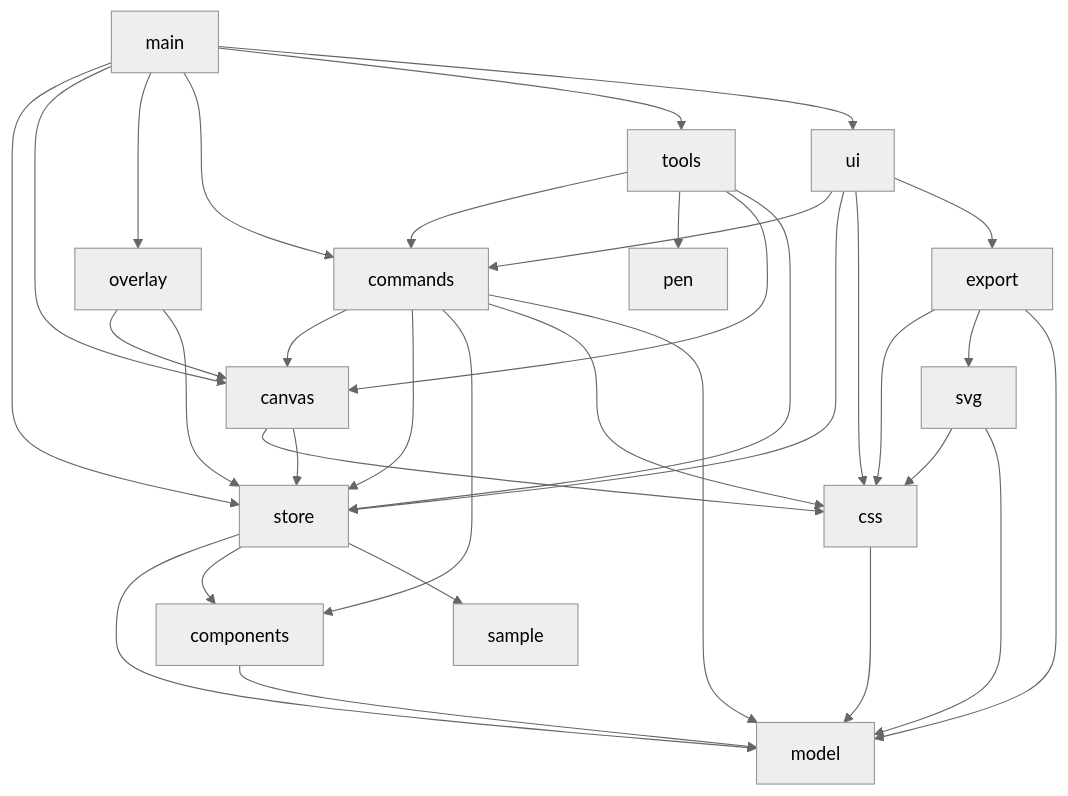
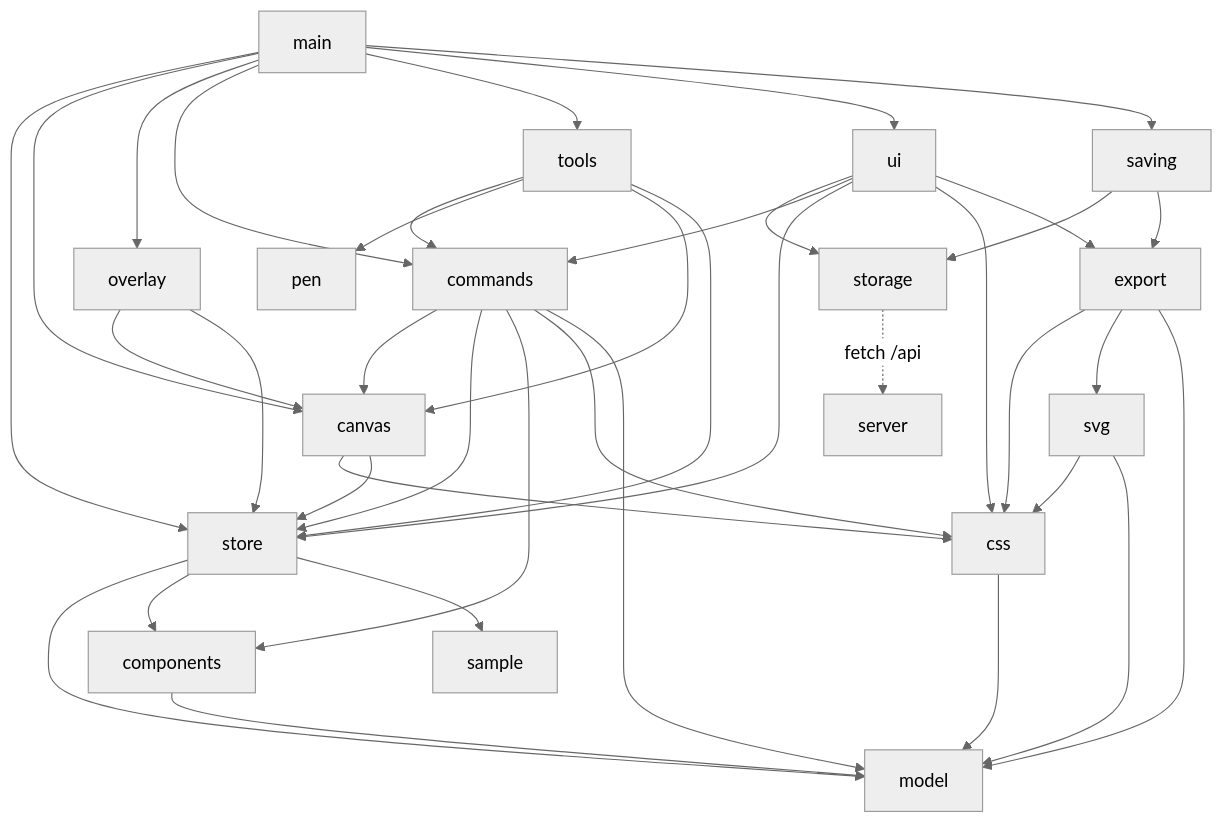
One commit to Kaykygnb/StyloDesigner changed the diagram in docs/ARQUITETURA.md. Above: the diagram before and after it, drawn with Mermaid (neutral theme). The commit also changed other lines of this file and 18 other files, not shown here.

````diff
--- a/docs/ARQUITETURA.md
+++ b/docs/ARQUITETURA.md
@@ -55,14 +58,17 @@
 ```mermaid
 flowchart TD
-  main --> store & canvas & overlay & commands & tools & ui
+  main --> store & canvas & overlay & commands & tools & ui & saving
+  saving --> storage & export
+  ui --> storage
+  storage -.->|"fetch /api"| server
   tools --> commands & pen & canvas & store
   commands --> canvas & store & components & css & model
   overlay --> canvas & store
   canvas --> css & store
   ui --> commands & store & css & export
   store --> model & components & sample
   css --> model
   components --> model
   svg --> css & model
   export --> css & svg & model
 ```
````
